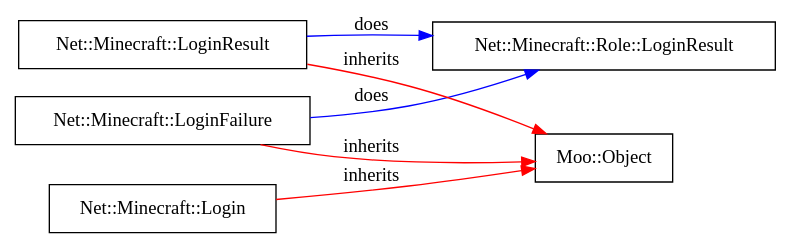
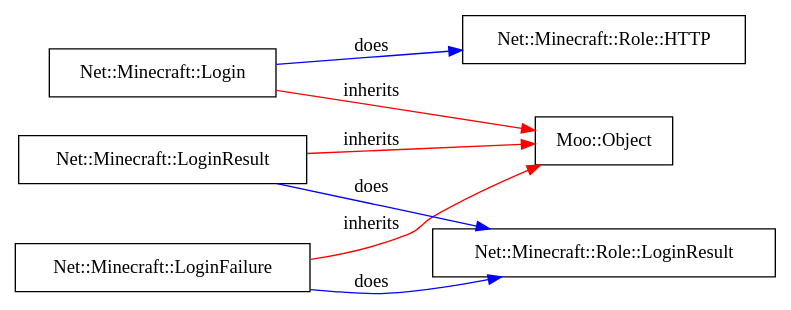
The diagram in layout/self_structure.dot (kentfredric/Net-Minecraft-Login), drawn with Graphviz before and after one commit. The commit also changed 3 other files, not shown here.

Commit message:
refactor HTTP parts into an HTTP role

```diff
--- a/layout/self_structure.dot
+++ b/layout/self_structure.dot
@@ -1,15 +1,17 @@
 digraph test {
 	rankdir=LR;
 	ratio="fill";
 	node [shape="box"];
 	node1 [label="Net::Minecraft::Login"];
 	node2 [label="Moo::Object"];
-	node3 [label="Net::Minecraft::LoginFailure"];
-	node4 [label="Net::Minecraft::Role::LoginResult"];
-	node5 [label="Net::Minecraft::LoginResult"];
+	node3 [label="Net::Minecraft::Role::HTTP"];
+	node4 [label="Net::Minecraft::LoginFailure"];
+	node5 [label="Net::Minecraft::Role::LoginResult"];
+	node6 [label="Net::Minecraft::LoginResult"];
 	node1 -> node2 [color="red", dir="forward", label="inherits"];
-	node3 -> node2 [color="red", dir="forward", label="inherits"];
-	node3 -> node4 [color="blue", dir="forward", label="does"];
-	node5 -> node2 [color="red", dir="forward", label="inherits"];
-	node5 -> node4 [color="blue", dir="forward", label="does"];
+	node1 -> node3 [color="blue", dir="forward", label="does"];
+	node4 -> node2 [color="red", dir="forward", label="inherits"];
+	node4 -> node5 [color="blue", dir="forward", label="does"];
+	node6 -> node2 [color="red", dir="forward", label="inherits"];
+	node6 -> node5 [color="blue", dir="forward", label="does"];
 }
```
